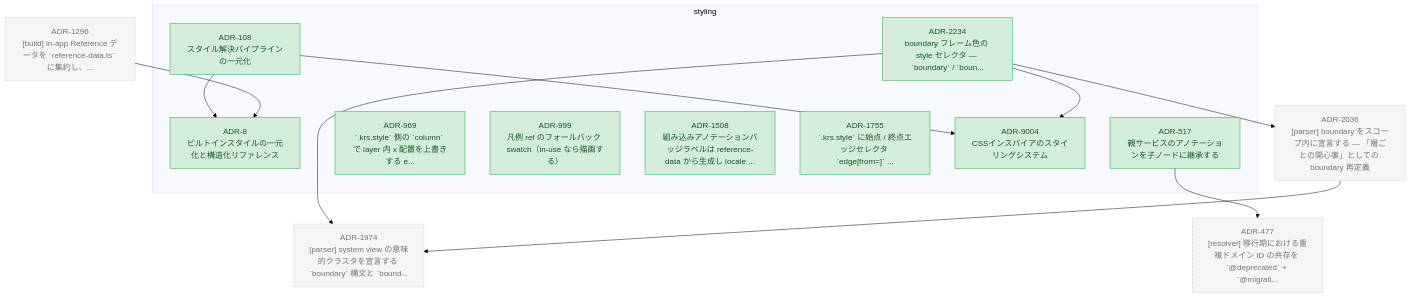
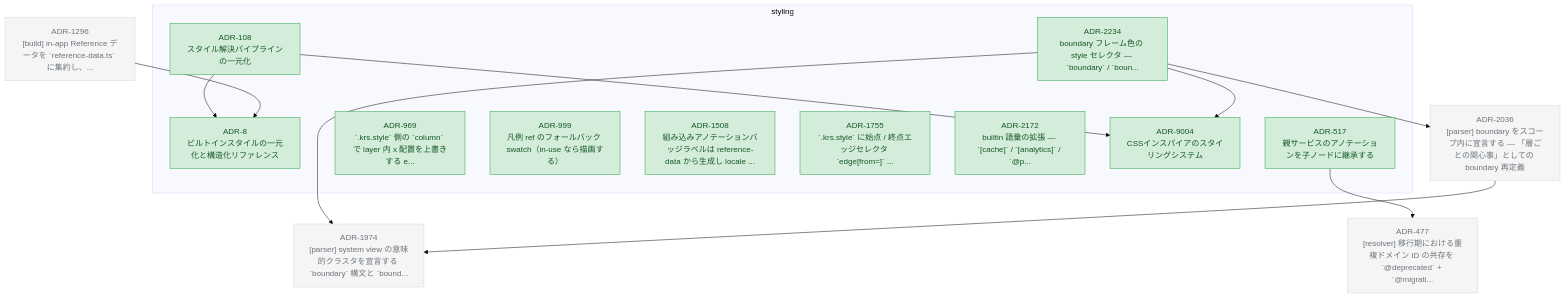
Before and after one commit to kompiro/karasu: the diagram in docs/adr/graph/styling.md, drawn with Mermaid (base theme). The commit also changed 6 other files, not shown here.

First line of the commit message:
docs(adr): promote the builtin vocabulary expansion to ADR-2172

````diff
--- a/docs/adr/graph/styling.md
+++ b/docs/adr/graph/styling.md
@@ -6,46 +6,48 @@
 ```mermaid
 flowchart TD
   subgraph styling["styling"]
     ADR_8["ADR-8<br/>ビルトインスタイルの一元化と構造化リファレンス"]
     ADR_108["ADR-108<br/>スタイル解決パイプラインの一元化"]
     ADR_517["ADR-517<br/>親サービスのアノテーションを子ノードに継承する"]
     ADR_969["ADR-969<br/>`.krs.style` 側の `column` で layer 内 x 配置を上書きする e..."]
     ADR_999["ADR-999<br/>凡例 ref のフォールバック swatch（in-use なら描画する）"]
     ADR_1508["ADR-1508<br/>組み込みアノテーションバッジラベルは reference-data から生成し locale ..."]
     ADR_1755["ADR-1755<br/>`.krs.style` に始点 / 終点エッジセレクタ `edge[from=<id>]` ..."]
+    ADR_2172["ADR-2172<br/>builtin 語彙の拡張 — `[cache]` / `[analytics]` / `@p..."]
     ADR_2234["ADR-2234<br/>boundary フレーム色の style セレクタ — `boundary` / `boun..."]
     ADR_9004["ADR-9004<br/>CSSインスパイアのスタイリングシステム"]
   end
   ADR_477["ADR-477<br/>[resolver] 移行期における重複ドメイン ID の共存を `@deprecated` + `@migrati..."]
   ADR_1296["ADR-1296<br/>[build] in-app Reference データを `reference-data.ts` に集約し、..."]
   ADR_1974["ADR-1974<br/>[parser] system view の意味的クラスタを宣言する `boundary` 構文と `bound..."]
   ADR_2036["ADR-2036<br/>[parser] boundary をスコープ内に宣言する — 「層ごとの関心事」としての boundary 再定義"]
   ADR_108 --> ADR_9004
   ADR_108 --> ADR_8
   ADR_517 --> ADR_477
   ADR_2234 --> ADR_9004
   ADR_2234 --> ADR_1974
   ADR_2234 --> ADR_2036
   ADR_1296 --> ADR_8
   ADR_2036 --> ADR_1974
 
   classDef accepted fill:#d4edda,stroke:#28a745,color:#155724
   classDef proposed fill:#fff3cd,stroke:#ffc107,color:#856404
   classDef deprecated fill:#f8d7da,stroke:#dc3545,color:#721c24
   classDef superseded fill:#e2e3e5,stroke:#6c757d,color:#383d41
   classDef not_adopted fill:#e2e3e5,stroke:#6c757d,color:#383d41,stroke-dasharray:3 3
   classDef ghost fill:#f5f5f5,stroke:#adb5bd,color:#6c757d,stroke-dasharray:2 2
   class ADR_8 accepted
   class ADR_108 accepted
   class ADR_517 accepted
   class ADR_969 accepted
   class ADR_999 accepted
   class ADR_1508 accepted
   class ADR_1755 accepted
+  class ADR_2172 accepted
   class ADR_2234 accepted
   class ADR_9004 accepted
   class ADR_477 ghost
   class ADR_1296 ghost
   class ADR_1974 ghost
   class ADR_2036 ghost
 ```
````
